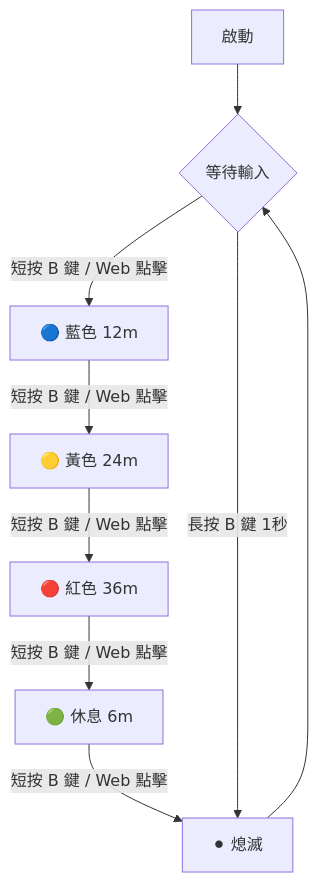
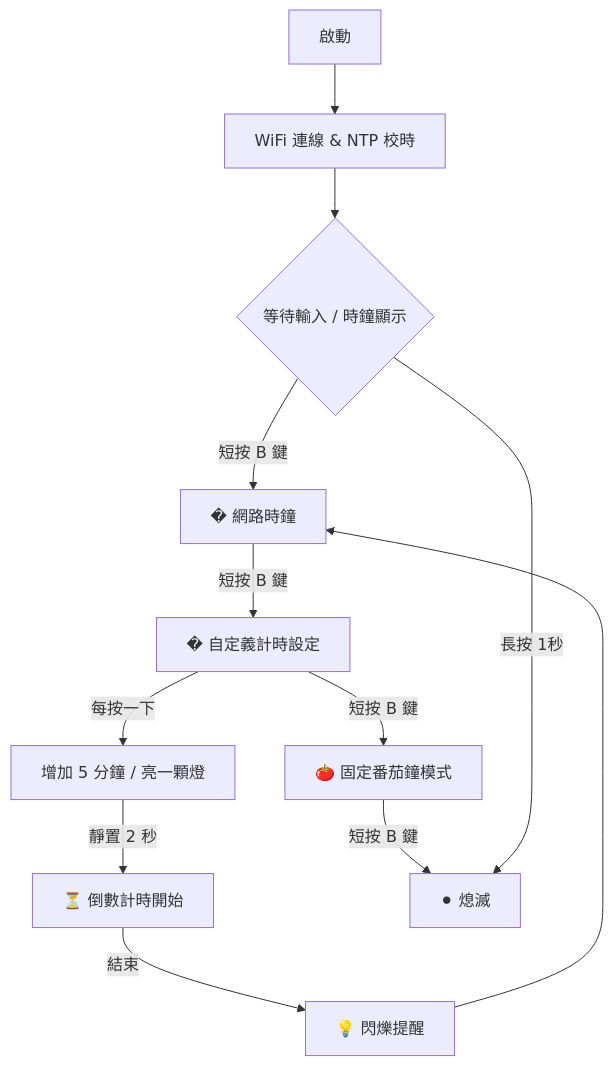
One commit to crazy0927/ESP32-C3FN4 changed the diagram in README.md. Above: the diagram before and after it, drawn with Mermaid. The commit also changed other lines of this file and 1 other file, not shown here.

Commit message:
Update to v17.0: Add NTP Clock, Custom Button Timer, and update documentation

````diff
--- a/README.md
+++ b/README.md
@@ -16,11 +28,19 @@
 ```mermaid
 graph TD
-    Start[啟動] --> Wait{等待輸入}
-    Wait -- 短按 B 鍵 / Web 點擊 --> Mode1[🔵 藍色 12m]
-    Mode1 -- 短按 B 鍵 / Web 點擊 --> Mode2[🟡 黃色 24m]
-    Mode2 -- 短按 B 鍵 / Web 點擊 --> Mode3[🔴 紅色 36m]
-    Mode3 -- 短按 B 鍵 / Web 點擊 --> Mode4[🟢 休息 6m]
-    Mode4 -- 短按 B 鍵 / Web 點擊 --> Off[⚫ 熄滅]
-    Off --> Wait
-    Wait -- 長按 B 鍵 1秒 --> Off
+    Start[啟動] --> WiFi[WiFi 連線 & NTP 校時]
+    WiFi --> Wait{等待輸入 / 時鐘顯示}
+    
+    Wait -- 短按 B 鍵 --> Mode_Clock[� 網路時鐘]
+    Mode_Clock -- 短按 B 鍵 --> Mode_Set[� 自定義計時設定]
+    
+    Mode_Set -- 每按一下 --> AddTime[增加 5 分鐘 / 亮一顆燈]
+    AddTime -- 靜置 2 秒 --> Mode_Run[⏳ 倒數計時開始]
+    
+    Mode_Run -- 結束 --> Alarm[💡 閃爍提醒]
+    Alarm --> Mode_Clock
+    
+    Mode_Set -- 短按 B 鍵 --> Pomo[🍅 固定番茄鐘模式]
+    Pomo -- 短按 B 鍵 --> Off[⚫ 熄滅]
+    
+    Wait -- 長按 1秒 --> Off
 ```
````
